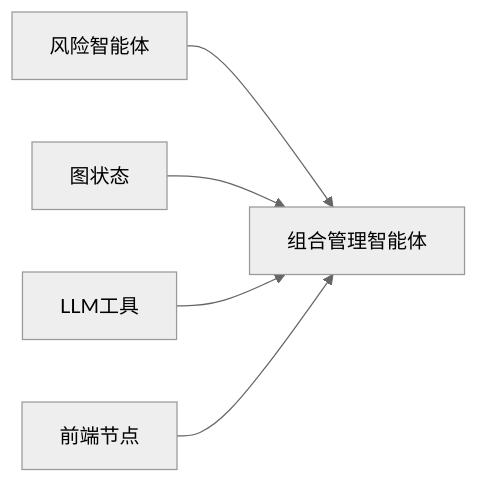
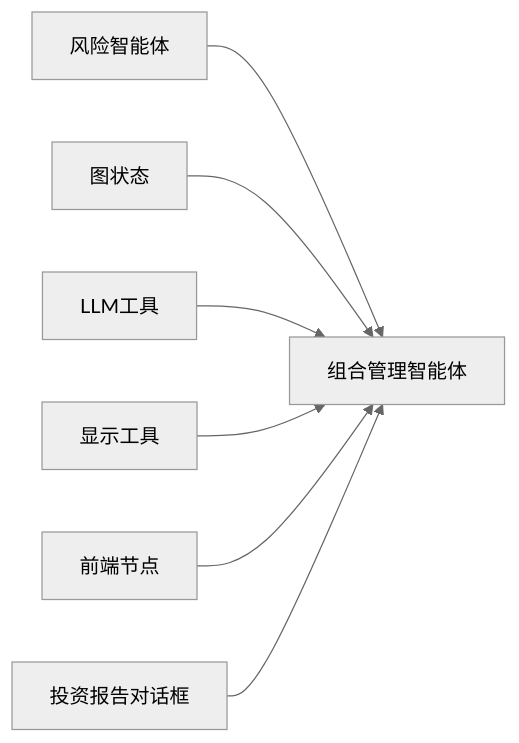
Before and after one commit to lichen14-hash/ai-hedge-fund: the seventh of 7 diagrams in .qoder/repowiki/zh/content/多智能体系统/组合管理智能体.md, drawn with Mermaid (neutral theme). The commit also changed other lines of this file and 24 other files, not shown here.

````diff
--- a/.qoder/repowiki/zh/content/多智能体系统/组合管理智能体.md
+++ b/.qoder/repowiki/zh/content/多智能体系统/组合管理智能体.md
@@ -234,7 +307,9 @@
 ```mermaid
 graph LR
 RM["风险智能体"] --> PM["组合管理智能体"]
 GS["图状态"] --> PM
 LLMU["LLM工具"] --> PM
+DISPLAY["显示工具"] --> PM
 PMN["前端节点"] --> PM
+IRD["投资报告对话框"] --> PM
 ```
````
